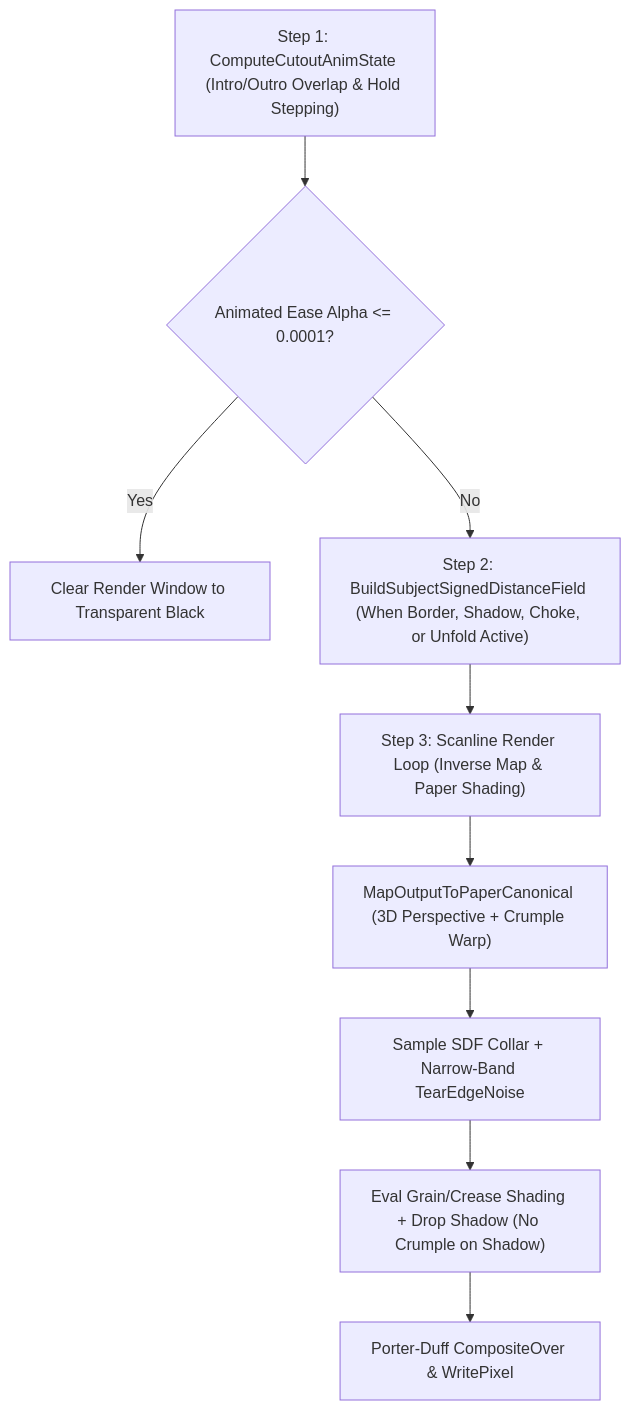
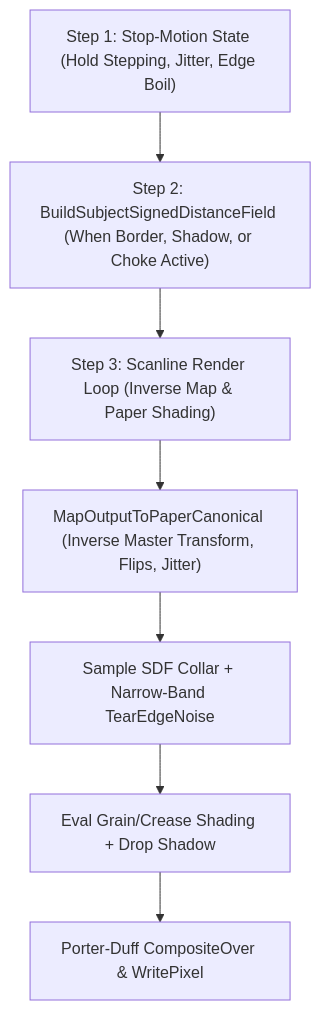
Before and after one commit to la-matatena/mttn-papercraft-studio: the second of 3 diagrams in docs/design_doc.md, drawn with Mermaid. The commit also changed other lines of this file and 6 other files, not shown here.

Commit message:
docs: describe the simplified Paper Cutout FX menu, new defaults and Advanced group

````diff
--- a/docs/design_doc.md
+++ b/docs/design_doc.md
@@ -101,11 +103,9 @@
 ```mermaid
 flowchart TD
-  A["Step 1: ComputeCutoutAnimState (Intro/Outro Overlap & Hold Stepping)"] --> B{"Animated Ease Alpha <= 0.0001?"}
-  B -- Yes --> C["Clear Render Window to Transparent Black"]
-  B -- No --> D["Step 2: BuildSubjectSignedDistanceField (When Border, Shadow, Choke, or Unfold Active)"]
+  A["Step 1: Stop-Motion State (Hold Stepping, Jitter, Edge Boil)"] --> D["Step 2: BuildSubjectSignedDistanceField (When Border, Shadow, or Choke Active)"]
   D --> E["Step 3: Scanline Render Loop (Inverse Map & Paper Shading)"]
-  E --> F["MapOutputToPaperCanonical (3D Perspective + Crumple Warp)"]
+  E --> F["MapOutputToPaperCanonical (Inverse Master Transform, Flips, Jitter)"]
   F --> G["Sample SDF Collar + Narrow-Band TearEdgeNoise"]
-  G --> H["Eval Grain/Crease Shading + Drop Shadow (No Crumple on Shadow)"]
+  G --> H["Eval Grain/Crease Shading + Drop Shadow"]
   H --> I["Porter-Duff CompositeOver & WritePixel"]
 ```
````
